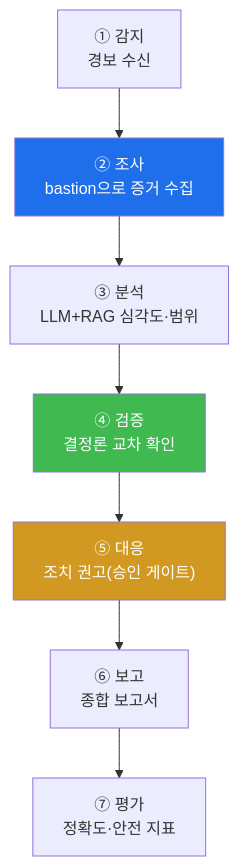
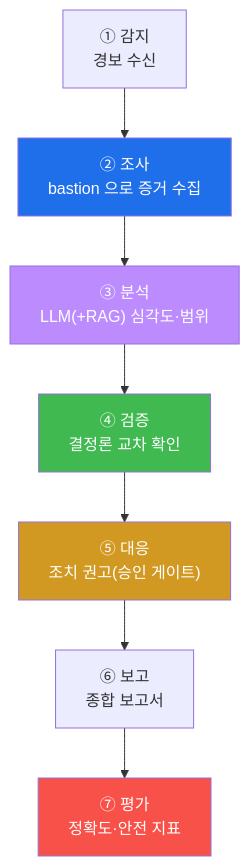
One commit to mrgrit/tw2 changed the first of 8 diagrams in contents/training/aisec/lecture_week13.md. Above: the diagram before and after it, drawn with Mermaid. The commit also changed other lines of this file and 304 other files, not shown here.

````diff
--- a/contents/training/aisec/lecture_week13.md
+++ b/contents/training/aisec/lecture_week13.md
@@ -48,12 +70,14 @@
 ```mermaid
 graph TD
-    D["① 감지<br/>경보 수신"] --> I["② 조사<br/>bastion으로 증거 수집"]
-    I --> A["③ 분석<br/>LLM+RAG 심각도·범위"]
+    D["① 감지<br/>경보 수신"] --> I["② 조사<br/>bastion 으로 증거 수집"]
+    I --> A["③ 분석<br/>LLM(+RAG) 심각도·범위"]
     A --> V["④ 검증<br/>결정론 교차 확인"]
     V --> R["⑤ 대응<br/>조치 권고(승인 게이트)"]
     R --> RP["⑥ 보고<br/>종합 보고서"]
     RP --> E["⑦ 평가<br/>정확도·안전 지표"]
     style I fill:#1f6feb,color:#fff
+    style A fill:#bc8cff,color:#fff
     style V fill:#3fb950,color:#fff
     style R fill:#d29922,color:#fff
+    style E fill:#f85149,color:#fff
 ```
````
